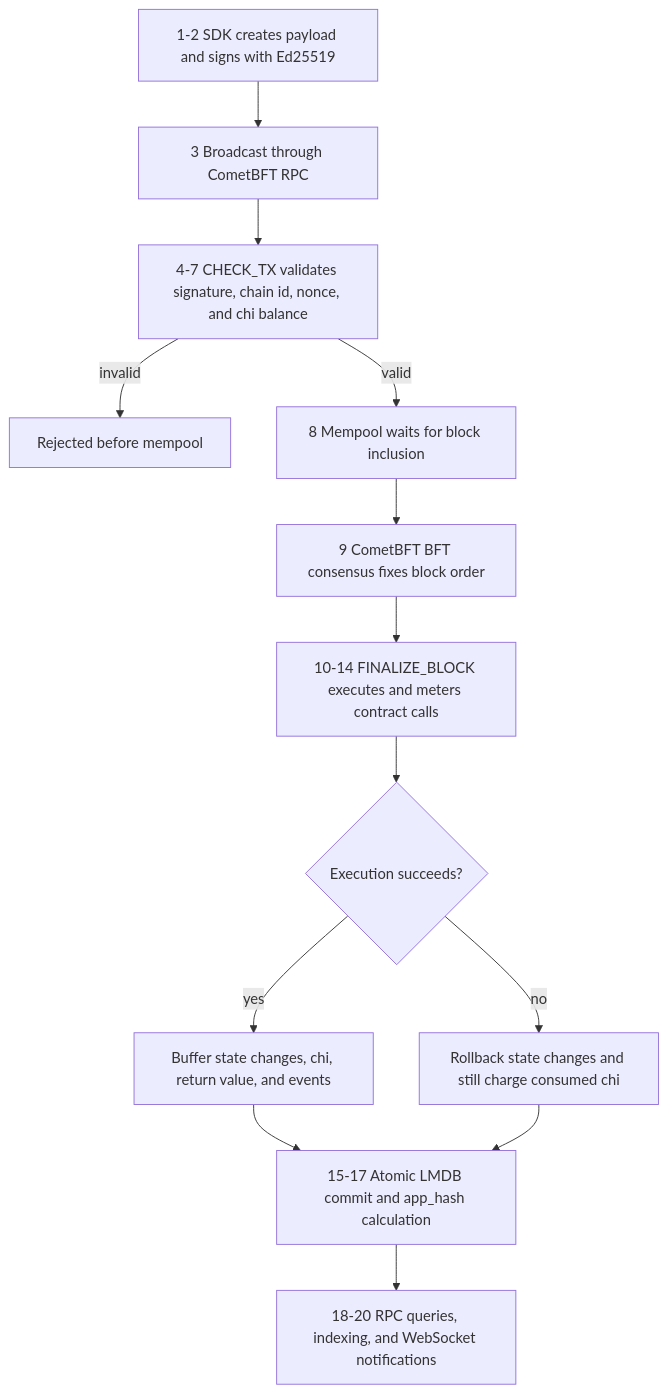
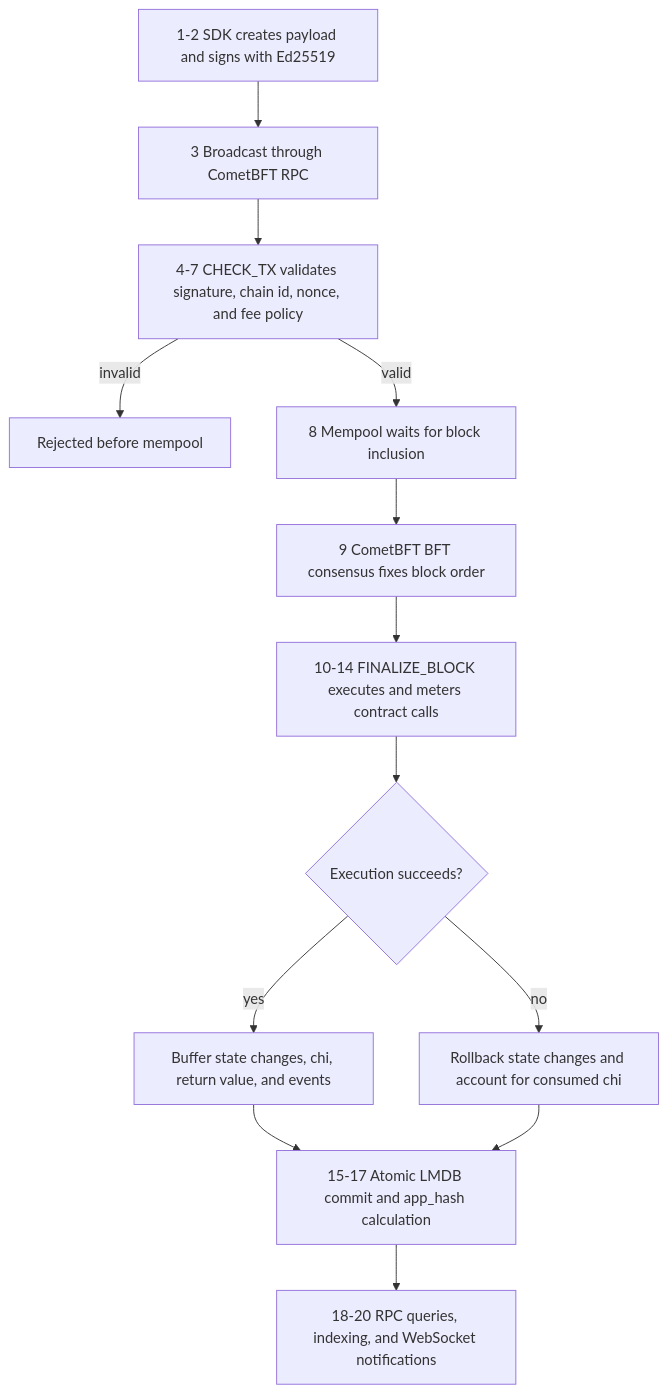
The diagram in concepts/transaction-lifecycle.md (xian-technology/xian-docs-web), drawn with Mermaid before and after one commit. The commit also changed other lines of this file and 8 other files, not shown here.

````diff
--- a/concepts/transaction-lifecycle.md
+++ b/concepts/transaction-lifecycle.md
@@ -7,28 +7,28 @@
 ```mermaid
 flowchart TD
   SDK["1-2 SDK creates payload and signs with Ed25519"]
   RPC["3 Broadcast through CometBFT RPC"]
-  Check["4-7 CHECK_TX validates signature, chain id, nonce, and chi balance"]
+  Check["4-7 CHECK_TX validates signature, chain id, nonce, and fee policy"]
   Reject["Rejected before mempool"]
   Mempool["8 Mempool waits for block inclusion"]
   Consensus["9 CometBFT BFT consensus fixes block order"]
   Finalize["10-14 FINALIZE_BLOCK executes and meters contract calls"]
   Outcome{"Execution succeeds?"}
   Buffer["Buffer state changes, chi, return value, and events"]
-  Rollback["Rollback state changes and still charge consumed chi"]
+  Rollback["Rollback state changes and account for consumed chi"]
   Commit["15-17 Atomic LMDB commit and app_hash calculation"]
   Finalized["18-20 RPC queries, indexing, and WebSocket notifications"]
 
   SDK --> RPC
   RPC --> Check
   Check -->|invalid| Reject
   Check -->|valid| Mempool
   Mempool --> Consensus
   Consensus --> Finalize
   Finalize --> Outcome
   Outcome -->|yes| Buffer
   Outcome -->|no| Rollback
   Buffer --> Commit
   Rollback --> Commit
   Commit --> Finalized
 ```
````
